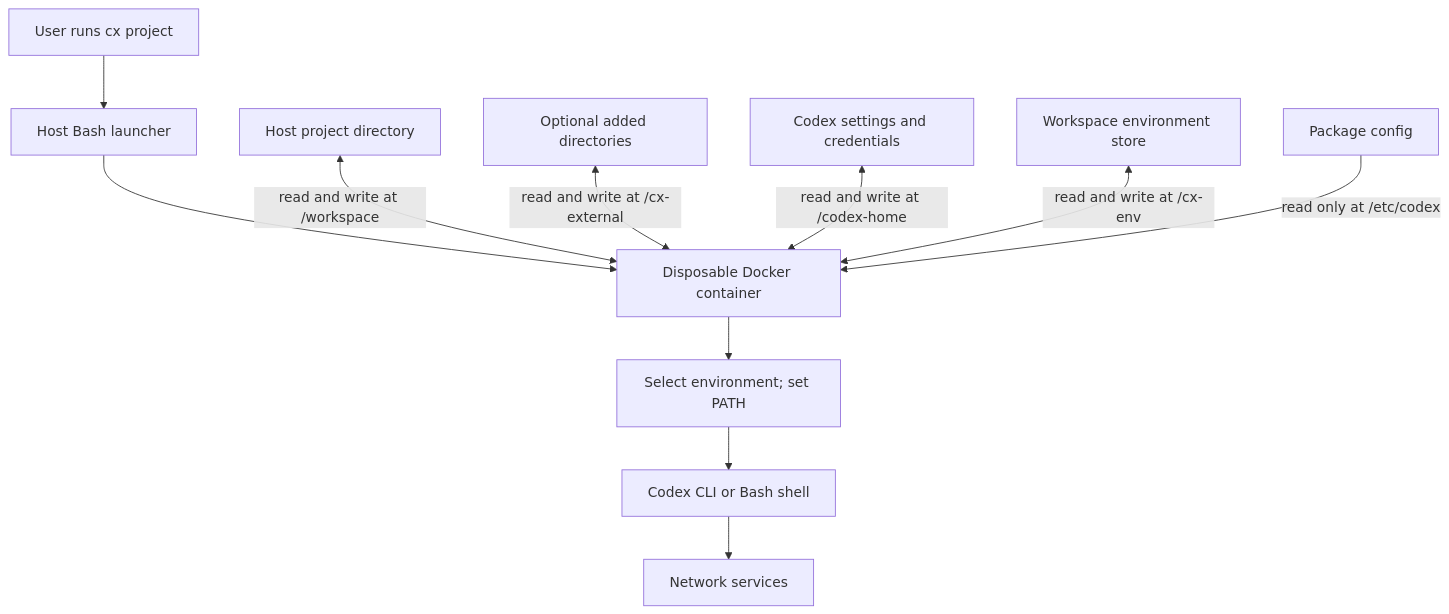
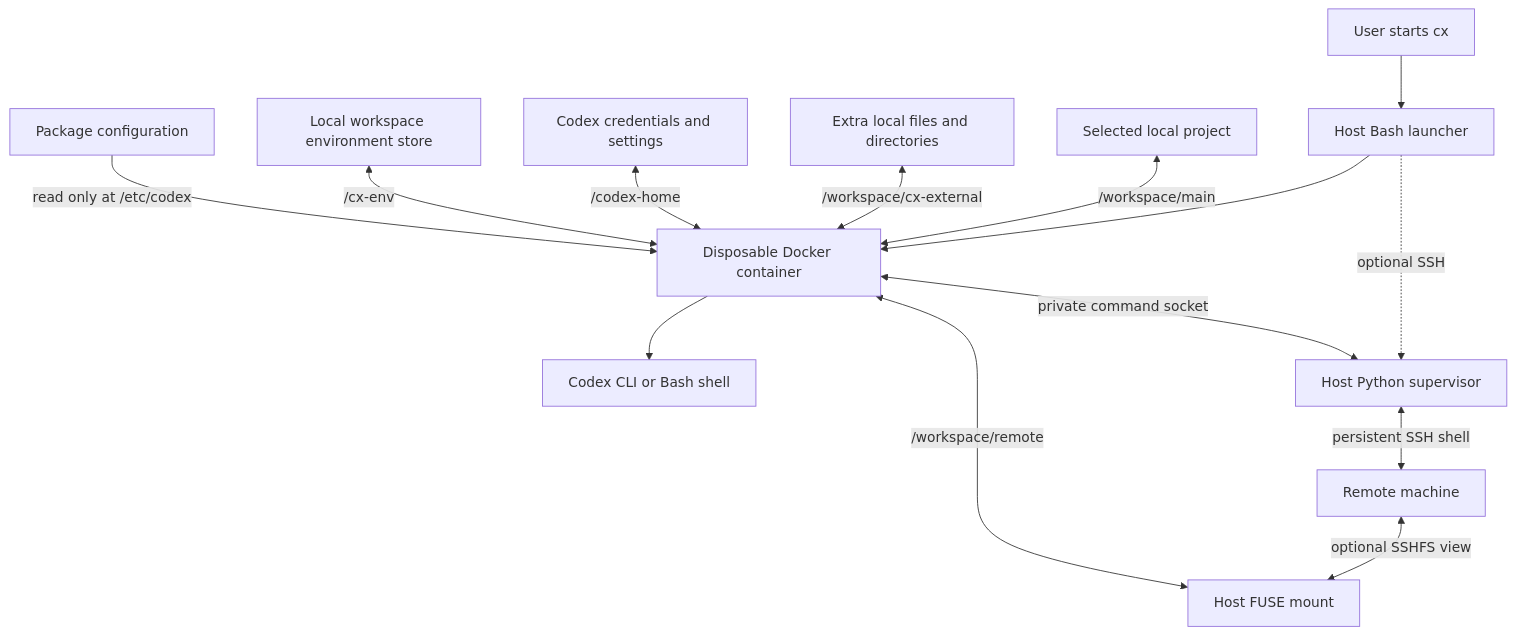
The diagram in docs/ARCHITECTURE.md (BenjaminHerrera/CX), drawn with Mermaid before and after one commit. The commit also changed other lines of this file and 19 other files, not shown here.

````diff
--- a/docs/ARCHITECTURE.md
+++ b/docs/ARCHITECTURE.md
@@ -31,13 +33,16 @@
 ```mermaid
 flowchart TD
-    User[User runs cx project] --> Launcher[Host Bash launcher]
+    User[User starts cx] --> Launcher[Host Bash launcher]
     Launcher --> Docker[Disposable Docker container]
-    Project[Host project directory] <-->|read and write at /workspace| Docker
-    Extra[Optional added directories] <-->|read and write at /cx-external| Docker
-    Auth[Codex settings and credentials] <-->|read and write at /codex-home| Docker
-    Envs[Workspace environment store] <-->|read and write at /cx-env| Docker
-    Config[Package config] -->|read only at /etc/codex| Docker
-    Docker --> Entry[Select environment; set PATH]
-    Entry --> Codex[Codex CLI or Bash shell]
-    Codex --> Service[Network services]
+    Main[Selected local project] <-->|/workspace/main| Docker
+    Extra[Extra local files and directories] <-->|/workspace/cx-external| Docker
+    Auth[Codex credentials and settings] <-->|/codex-home| Docker
+    Envs[Local workspace environment store] <-->|/cx-env| Docker
+    Config[Package configuration] -->|read only at /etc/codex| Docker
+    Docker --> Codex[Codex CLI or Bash shell]
+    Launcher -. optional SSH .-> Bridge[Host Python supervisor]
+    Docker <-->|private command socket| Bridge
+    Bridge <-->|persistent SSH shell| Remote[Remote machine]
+    Remote <-->|optional SSHFS view| Files[Host FUSE mount]
+    Files <-->|/workspace/remote| Docker
 ```
````
